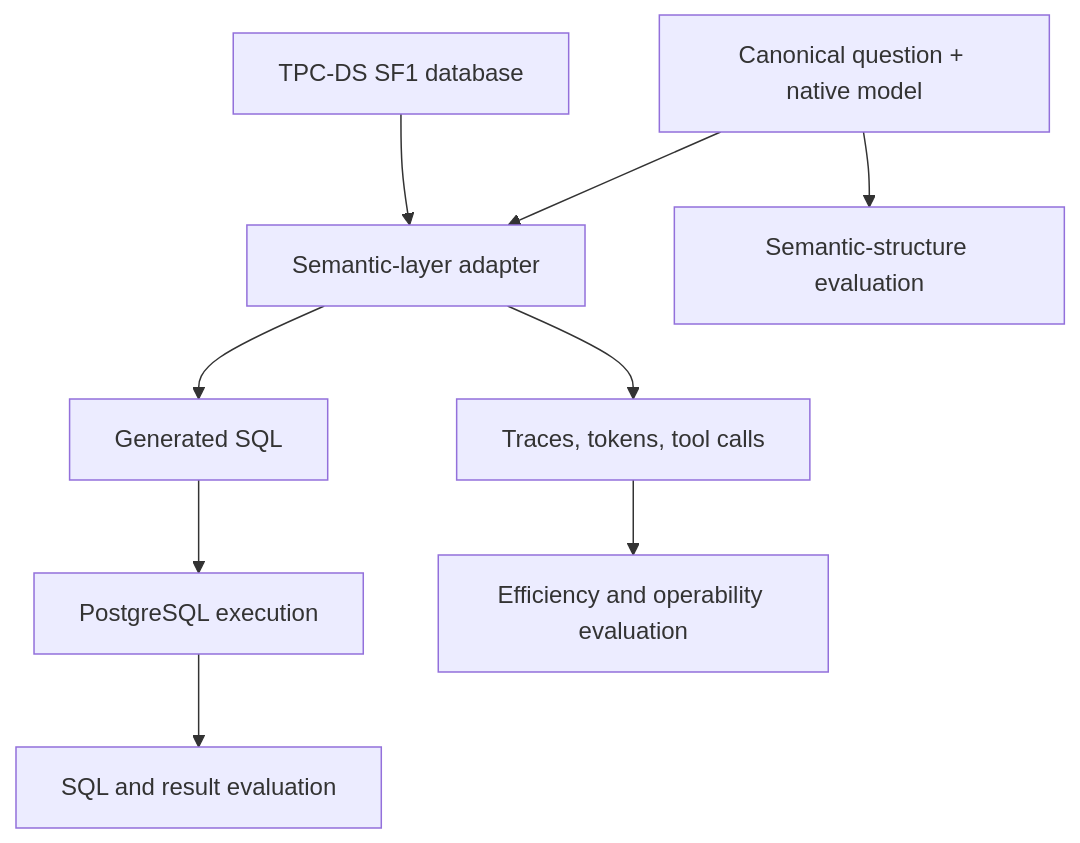
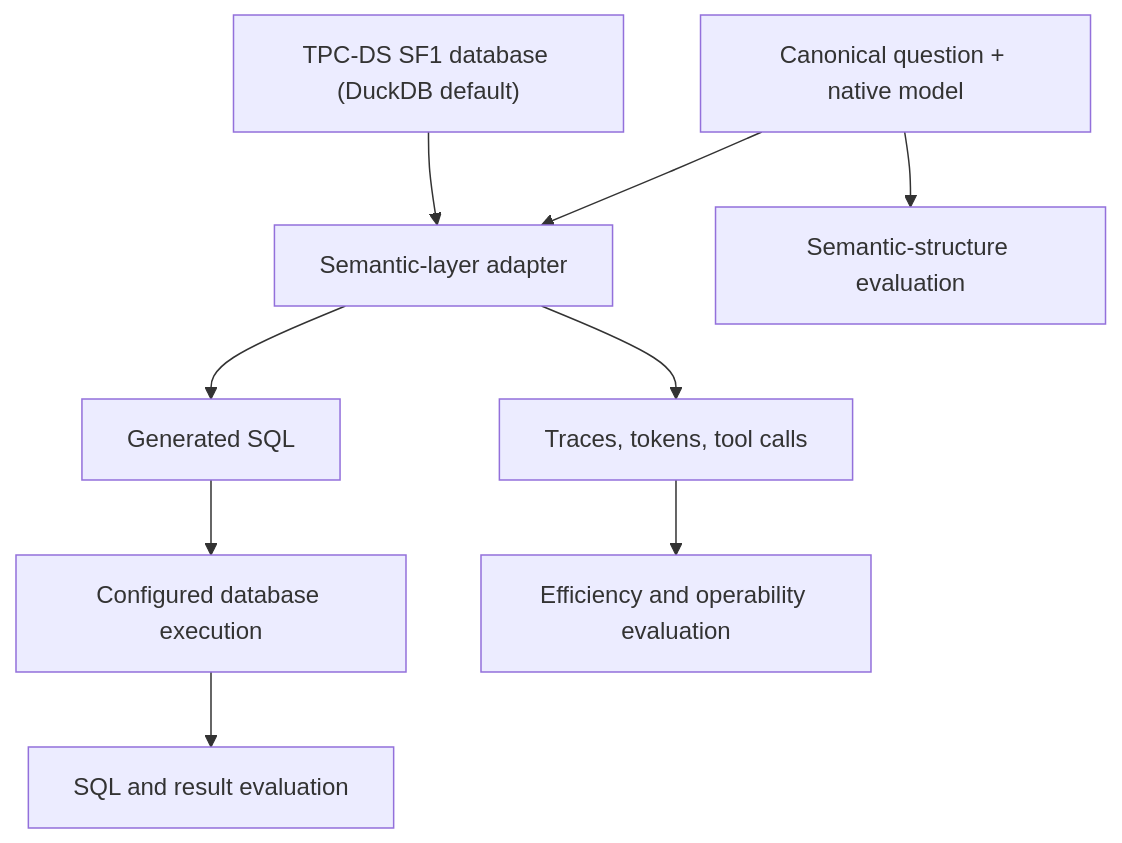
One commit to Jmmt-mingrui/semantic-layer-benchmark changed the diagram in README.md. Above: the diagram before and after it, drawn with Mermaid. The commit also changed other lines of this file, not shown here.

Commit message:
docs: adopt DuckDB-default pluggable database contract

````diff
--- a/README.md
+++ b/README.md
@@ -47,11 +47,11 @@
 ```mermaid
 flowchart TD
-    A["TPC-DS SF1 database"] --> C["Semantic-layer adapter"]
+    A["TPC-DS SF1 database (DuckDB default)"] --> C["Semantic-layer adapter"]
     B["Canonical question + native model"] --> C
     C --> D["Generated SQL"]
-    D --> E["PostgreSQL execution"]
+    D --> E["Configured database execution"]
     E --> F["SQL and result evaluation"]
     C --> G["Traces, tokens, tool calls"]
     G --> H["Efficiency and operability evaluation"]
     B --> I["Semantic-structure evaluation"]
 ```
````
